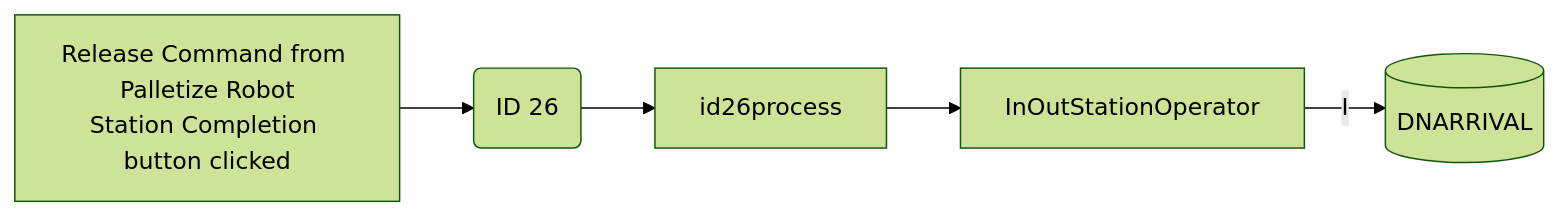
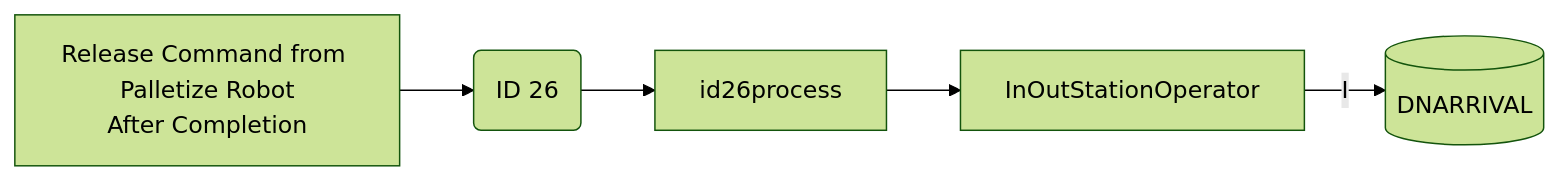
One commit to luthfiadityaa/SimeDarby-Wiki changed the second of 6 diagrams in Basic-Design/DFD-WMS/Storage/Palletizing-Settting/Palletize-Start.md. Above: the diagram before and after it, drawn with Mermaid (forest theme).

Commit message:
Updated Palletize Start

```diff
--- a/Basic-Design/DFD-WMS/Storage/Palletizing-Settting/Palletize-Start.md
+++ b/Basic-Design/DFD-WMS/Storage/Palletizing-Settting/Palletize-Start.md
@@ -418,22 +418,21 @@
 ::: mermaid
 flowchart LR
 
 releaseCommand["
 Release Command from Palletize Robot
-Station Completion 
-button clicked
+After Completion 
 "]
 
 id26msg("
 ID 26
 ")
 
 id26-insert[("
 DNARRIVAL
 ")]
 
 inoutstationoperator[InOutStationOperator]
 
 releaseCommand-->id26msg-->id26process-->inoutstationoperator
 inoutstationoperator--I-->id26-insert
 :::
```
